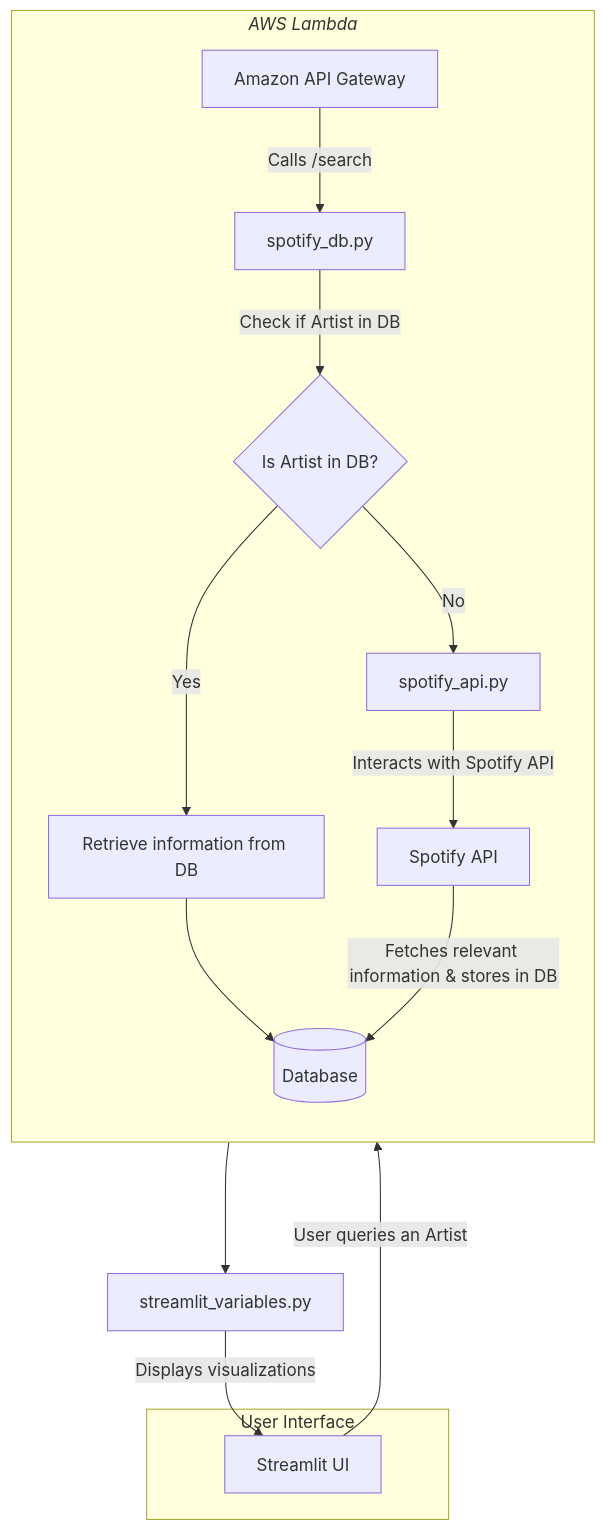
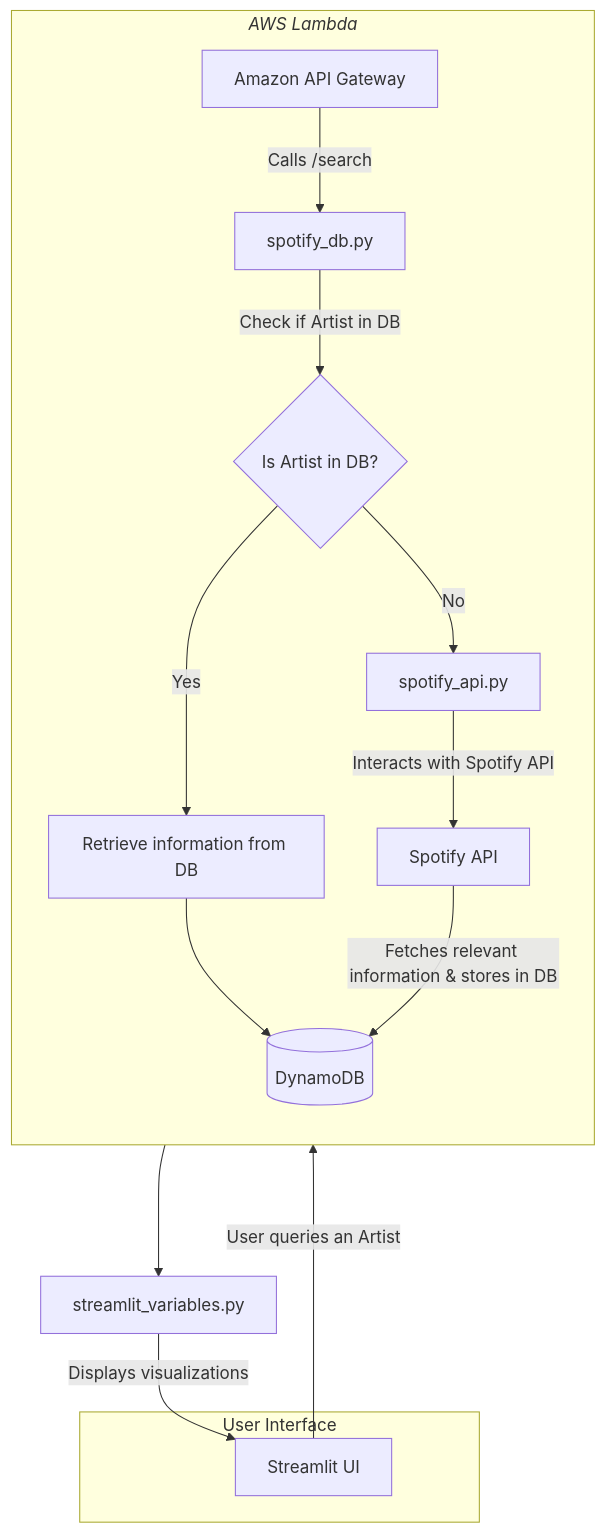
One commit to michaelareyes/608-spotify-app changed the fourth of 4 diagrams in flowchart.md. Above: the diagram before and after it, drawn with Mermaid. The commit also changed other lines of this file, not shown here.

````diff
--- a/flowchart.md
+++ b/flowchart.md
@@ -85,28 +95,26 @@
 ```mermaid
 
 graph TB;
     streamlit_variables.py -->|Displays visualizations| Streamlit_UI[Streamlit UI]
     engine --> streamlit_variables.py
+
+    streamlit ~~~ AWS_Lambda
     
     subgraph AWS_Lambda["<i>AWS Lambda</i>"]
         direction TB
         API --> |Calls /search| spotify_db_py
         spotify_db_py[spotify_db.py] -->|Check if Artist in DB| CheckArtist{Is Artist in DB?}
         CheckArtist -->|No| spotify_api_py[spotify_api.py]
         spotify_api_py -->|Interacts with Spotify API| Spotify_API[Spotify API]
         CheckArtist -->|Yes| RetrieveInfo[Retrieve information from DB]
         RetrieveInfo -->engine
-        Spotify_API -->|Fetches relevant information & stores in DB| engine[(Database)]
+        Spotify_API -->|Fetches relevant information & stores in DB| engine[(DynamoDB)]
     end
 
     subgraph streamlit["User Interface"]
         
         Streamlit_UI ----> |User queries an Artist| API[Amazon API Gateway]
         
         
     end
-
-    
-
-
 ```
````
